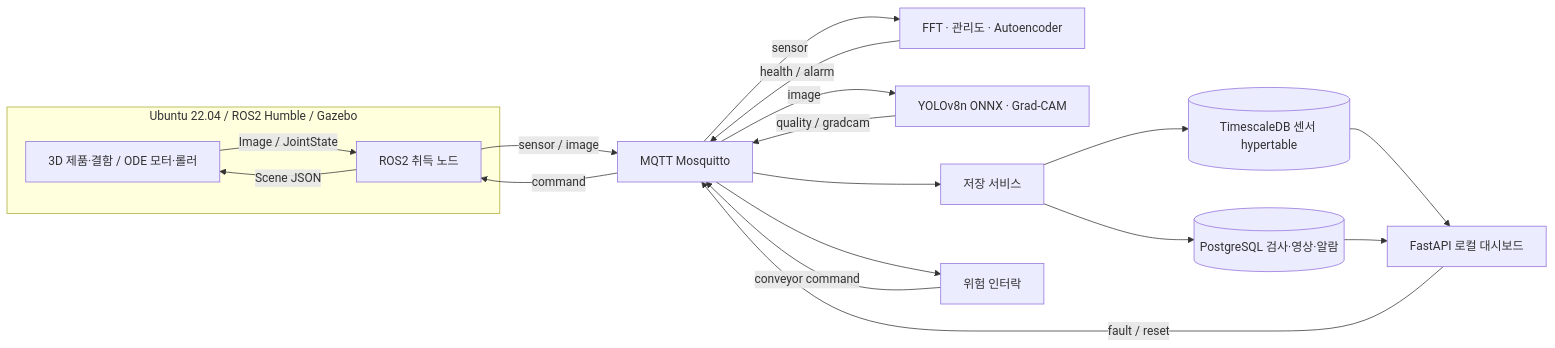
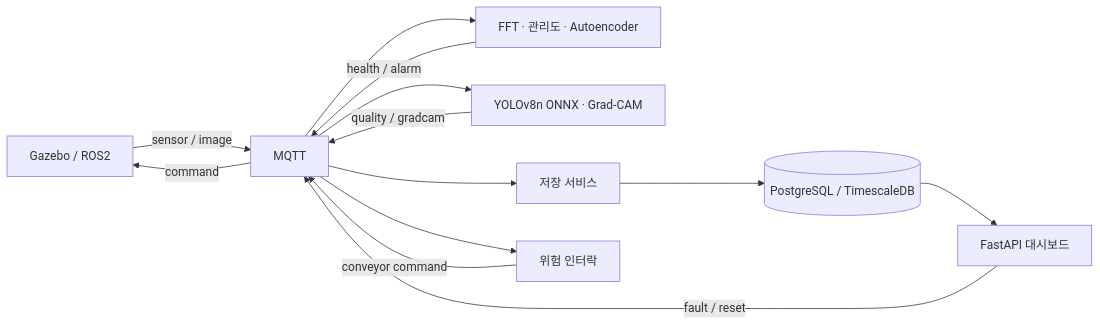
One commit to hajijiha/smart-factory-ai changed the diagram in README.md. Above: the diagram before and after it, drawn with Mermaid. The commit also changed other lines of this file, not shown here.

````diff
--- a/README.md
+++ b/README.md
@@ -30,21 +42,15 @@
 ```mermaid
 flowchart LR
-    subgraph sim[Ubuntu 22.04 / ROS2 Humble / Gazebo]
-      G[3D 제품·결함 / ODE 모터·롤러] -->|Image / JointState| B[ROS2 취득 노드]
-      B -->|Scene JSON| G
-    end
-    B -->|sensor / image| M[MQTT Mosquitto]
-    M -->|sensor| P[FFT · 관리도 · Autoencoder]
-    M -->|image| V[YOLOv8n ONNX · Grad-CAM]
+    G[Gazebo / ROS2] -->|sensor / image| M[MQTT]
+    M --> P[FFT · 관리도 · Autoencoder]
+    M --> V[YOLOv8n ONNX · Grad-CAM]
     P -->|health / alarm| M
     V -->|quality / gradcam| M
     M --> S[저장 서비스]
-    S --> T[(TimescaleDB 센서 hypertable)]
-    S --> Q[(PostgreSQL 검사·영상·알람)]
-    T --> D[FastAPI 로컬 대시보드]
-    Q --> D
+    S --> DB[(PostgreSQL / TimescaleDB)]
+    DB --> D[FastAPI 대시보드]
     D -->|fault / reset| M
     M --> C[위험 인터락]
     C -->|conveyor command| M
-    M -->|command| B
+    M -->|command| G
 ```
````
